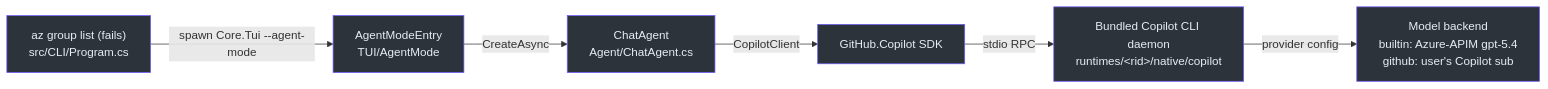
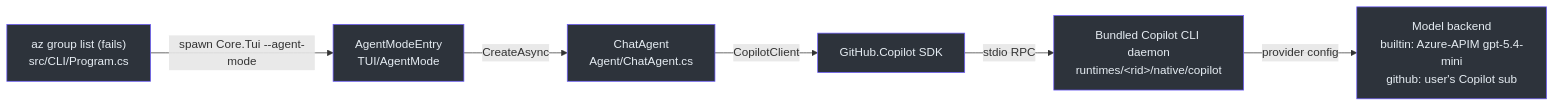
Before and after one commit to Azure/azclips: the first of 3 diagrams in wiki/02-deep-dive/ai-agent.md, drawn with Mermaid. The commit also changed other lines of this file and 5 other files, not shown here.

First line of the commit message:
[Agent] Change default builtin recovery model to gpt-5.4-mini (#918)

````diff
--- a/wiki/02-deep-dive/ai-agent.md
+++ b/wiki/02-deep-dive/ai-agent.md
@@ -58,15 +58,15 @@
 ```mermaid
 flowchart LR
     CLI["az group list (fails)<br>src/CLI/Program.cs"] -->|spawn Core.Tui --agent-mode| Entry["AgentModeEntry<br>TUI/AgentMode"]
     Entry -->|CreateAsync| CA["ChatAgent<br>Agent/ChatAgent.cs"]
     CA -->|CopilotClient| SDK["GitHub.Copilot SDK"]
     SDK -->|stdio RPC| Daemon["Bundled Copilot CLI daemon<br>runtimes/&lt;rid&gt;/native/copilot"]
-    Daemon -->|provider config| Model["Model backend<br>builtin: Azure-APIM gpt-5.4<br>github: user's Copilot sub"]
+    Daemon -->|provider config| Model["Model backend<br>builtin: Azure-APIM gpt-5.4-mini<br>github: user's Copilot sub"]
 
     style CLI fill:#2d333b,stroke:#6d5dfc,color:#e6edf3
     style Entry fill:#2d333b,stroke:#6d5dfc,color:#e6edf3
     style CA fill:#2d333b,stroke:#6d5dfc,color:#e6edf3
     style SDK fill:#2d333b,stroke:#6d5dfc,color:#e6edf3
     style Daemon fill:#2d333b,stroke:#6d5dfc,color:#e6edf3
     style Model fill:#2d333b,stroke:#6d5dfc,color:#e6edf3
 ```
````
